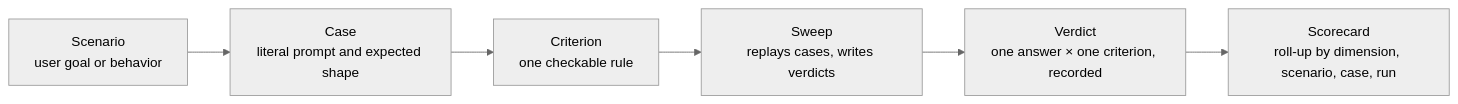
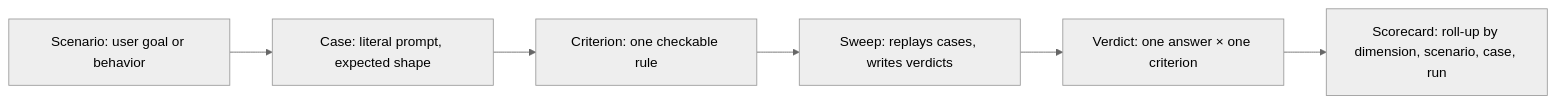
Before and after one commit to Starling-Strategy/compass: the second of 2 diagrams in docs/04-quality-and-evaluation.md, drawn with Mermaid (neutral theme). The commit also changed 4 other files, not shown here.

First line of the commit message:
docs: replace <br/> line breaks in mermaid labels with single-line text (#52)

````diff
--- a/docs/04-quality-and-evaluation.md
+++ b/docs/04-quality-and-evaluation.md
@@ -109,8 +109,8 @@
 ```mermaid
 flowchart LR
-    SC["Scenario<br/>user goal or behavior"] --> CA["Case<br/>literal prompt and expected shape"]
-    CA --> CR["Criterion<br/>one checkable rule"]
-    CR --> SW["Sweep<br/>replays cases, writes verdicts"]
-    SW --> VE["Verdict<br/>one answer × one criterion, recorded"]
-    VE --> RC["Scorecard<br/>roll-up by dimension, scenario, case, run"]
+    SC["Scenario: user goal or behavior"] --> CA["Case: literal prompt, expected shape"]
+    CA --> CR["Criterion: one checkable rule"]
+    CR --> SW["Sweep: replays cases, writes verdicts"]
+    SW --> VE["Verdict: one answer × one criterion"]
+    VE --> RC["Scorecard: roll-up by dimension, scenario, case, run"]
 ```
````
